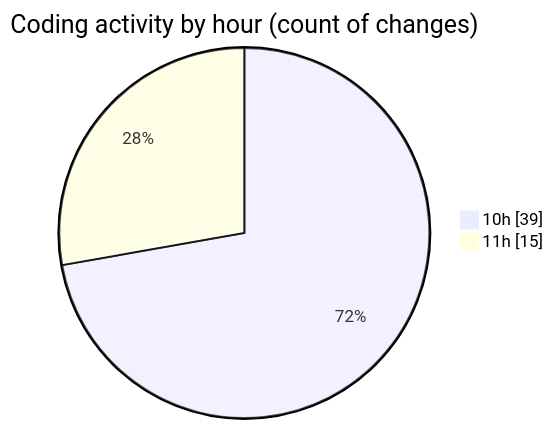
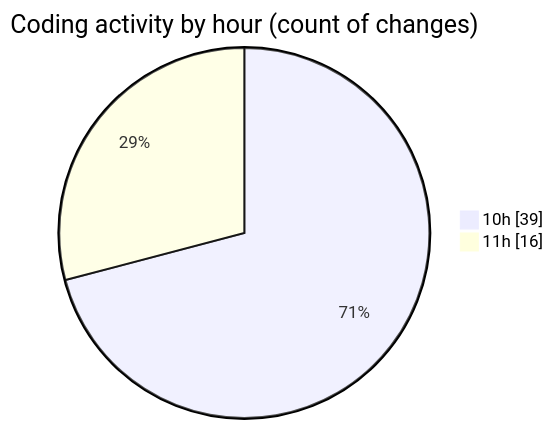
Before and after one commit to CELIANVF/code-tracking: the second of 2 diagrams in 2025-04-15/portfolio/README.md, drawn with Mermaid. The commit also changed other lines of this file and 1 other file, not shown here.

````diff
--- a/2025-04-15/portfolio/README.md
+++ b/2025-04-15/portfolio/README.md
@@ -30,6 +30,6 @@
 ```mermaid
 pie showData
 title Coding activity by hour (count of changes)
 "10h" : 39
-"11h" : 15
+"11h" : 16
 ```
````
